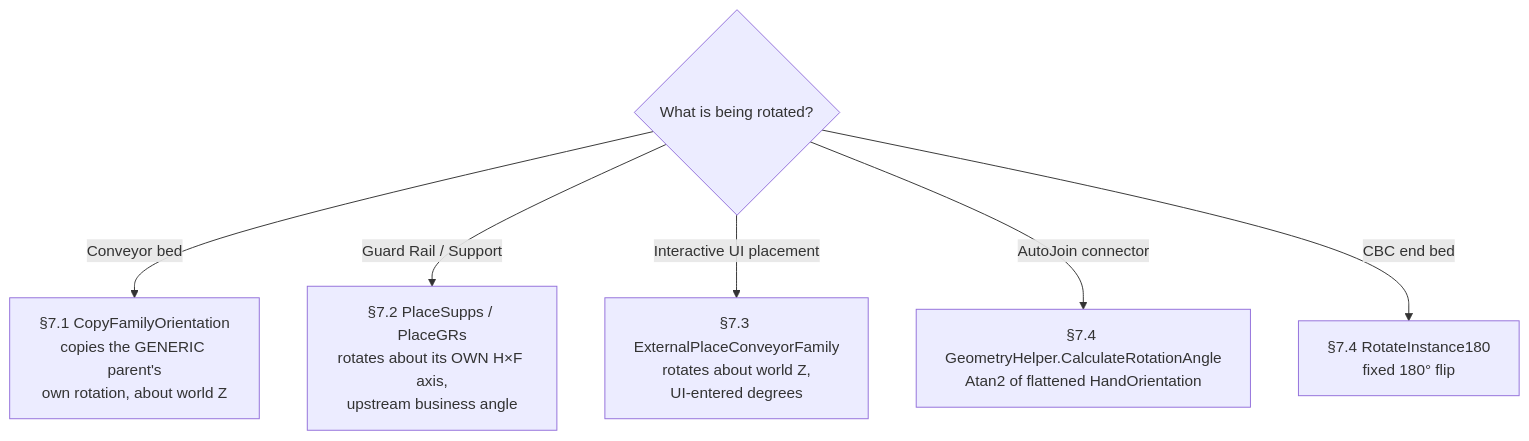
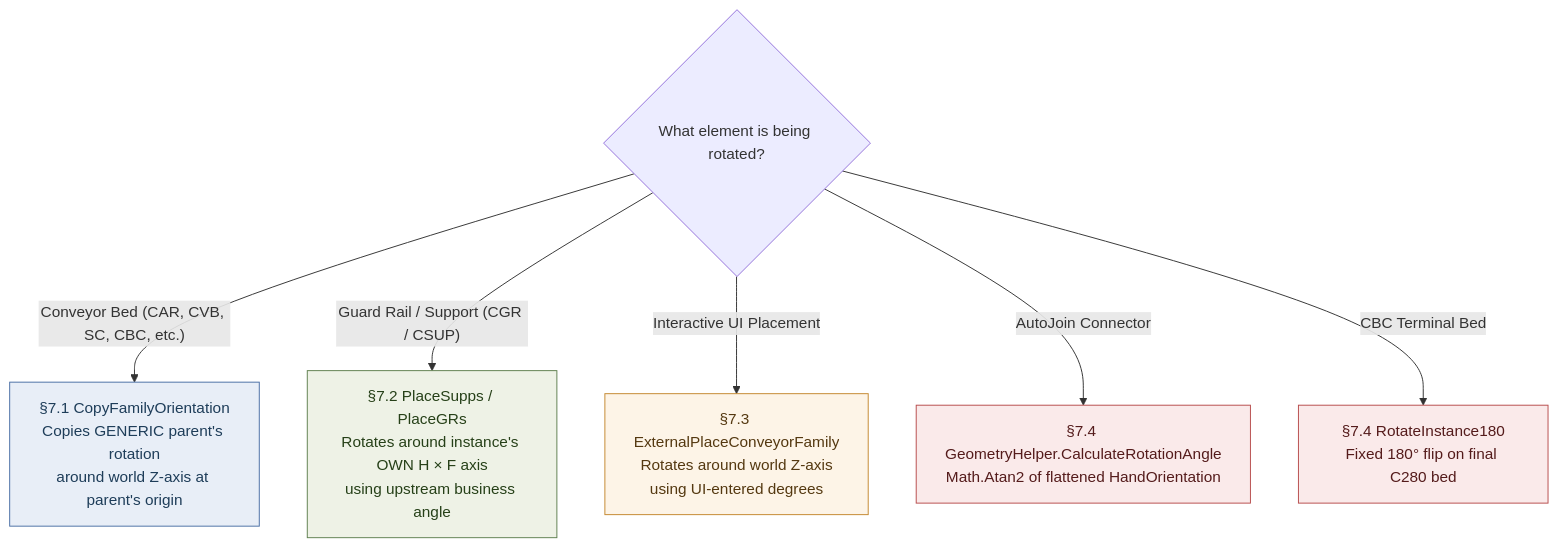
One commit to Mustafa-TOMMY/CommandSamplesRevitApiVer2025 changed the eighth of 20 diagrams in RevitApiSamples/Samples/TransformModule/ProjectCases/Conveyor/ConveyorFamilyGeometry.md. Above: the diagram before and after it, drawn with Mermaid. The commit also changed other lines of this file, not shown here.

Commit message:
docs(transform): add comprehensive diagram suite to ConveyorFamilyGeometry.md

````diff
--- a/RevitApiSamples/Samples/TransformModule/ProjectCases/Conveyor/ConveyorFamilyGeometry.md
+++ b/RevitApiSamples/Samples/TransformModule/ProjectCases/Conveyor/ConveyorFamilyGeometry.md
@@ -244,9 +368,23 @@
 ```mermaid
 flowchart TD
-    R{"What is being rotated?"}
-    R -->|"Conveyor bed"| M1["§7.1 CopyFamilyOrientation<br/>copies the GENERIC parent's<br/>own rotation, about world Z"]
-    R -->|"Guard Rail / Support"| M2["§7.2 PlaceSupps / PlaceGRs<br/>rotates about its OWN H×F axis,<br/>upstream business angle"]
-    R -->|"Interactive UI placement"| M3["§7.3 ExternalPlaceConveyorFamily<br/>rotates about world Z,<br/>UI-entered degrees"]
-    R -->|"AutoJoin connector"| M4["§7.4 GeometryHelper.CalculateRotationAngle<br/>Atan2 of flattened HandOrientation"]
-    R -->|"CBC end bed"| M5["§7.4 RotateInstance180<br/>fixed 180° flip"]
+    R{"What element is being rotated?"}
+
+    R -->|"Conveyor Bed (CAR, CVB, SC, CBC, etc.)"| M1["§7.1 CopyFamilyOrientation<br/>Copies GENERIC parent's rotation<br/>around world Z-axis at parent's origin"]
+    
+    R -->|"Guard Rail / Support (CGR / CSUP)"| M2["§7.2 PlaceSupps / PlaceGRs<br/>Rotates around instance's OWN H × F axis<br/>using upstream business angle"]
+    
+    R -->|"Interactive UI Placement"| M3["§7.3 ExternalPlaceConveyorFamily<br/>Rotates around world Z-axis<br/>using UI-entered degrees"]
+    
+    R -->|"AutoJoin Connector"| M4["§7.4 GeometryHelper.CalculateRotationAngle<br/>Math.Atan2 of flattened HandOrientation"]
+    
+    R -->|"CBC Terminal Bed"| M5["§7.4 RotateInstance180<br/>Fixed 180° flip on final C280 bed"]
+
+    classDef m1 fill:#e8eef7,stroke:#4a6fa5,color:#1e3d59;
+    classDef m2 fill:#eef2e6,stroke:#608050,color:#264018;
+    classDef m3 fill:#fdf4e7,stroke:#c48830,color:#543810;
+    classDef m4 fill:#faeaea,stroke:#b84d4d,color:#541b1b;
+    class M1 m1
+    class M2 m2
+    class M3 m3
+    class M4,M5 m4
 ```
````
